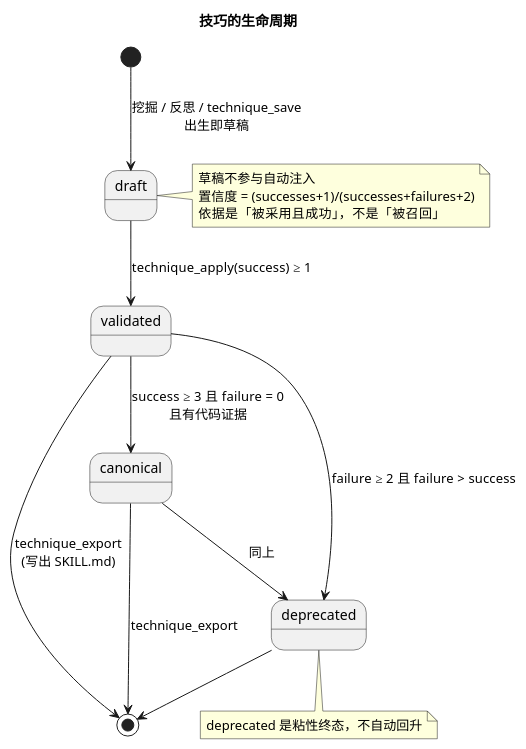
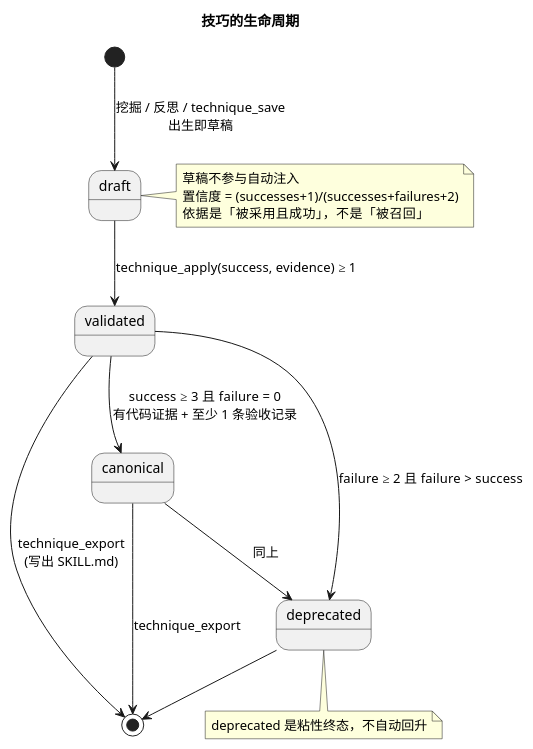
Before and after one commit to raitpor/dsh-memory-layer: the fourth of 5 diagrams in docs/architecture.puml, drawn with PlantUML. The commit also changed other lines of this file and 14 other files, not shown here.

```diff
--- a/docs/architecture.puml
+++ b/docs/architecture.puml
@@ -171,25 +172,25 @@
 @startuml dsh-memory-layer-technique-lifecycle
 title 技巧的生命周期
 
 skinparam shadowing false
 
 [*] --> draft : 挖掘 / 反思 / technique_save\n出生即草稿
-draft --> validated : technique_apply(success) ≥ 1
-validated --> canonical : success ≥ 3 且 failure = 0\n且有代码证据
+draft --> validated : technique_apply(success, evidence) ≥ 1
+validated --> canonical : success ≥ 3 且 failure = 0\n有代码证据 + 至少 1 条验收记录
 validated --> deprecated : failure ≥ 2 且 failure > success
 canonical --> deprecated : 同上
 validated --> [*] : technique_export\n(写出 SKILL.md)
 canonical --> [*] : technique_export
 deprecated --> [*]
 
 note right of draft
   草稿不参与自动注入
   置信度 = (successes+1)/(successes+failures+2)
   依据是「被采用且成功」，不是「被召回」
 end note
 
 note bottom of deprecated
   deprecated 是粘性终态，不自动回升
 end note
 
 @enduml
```
